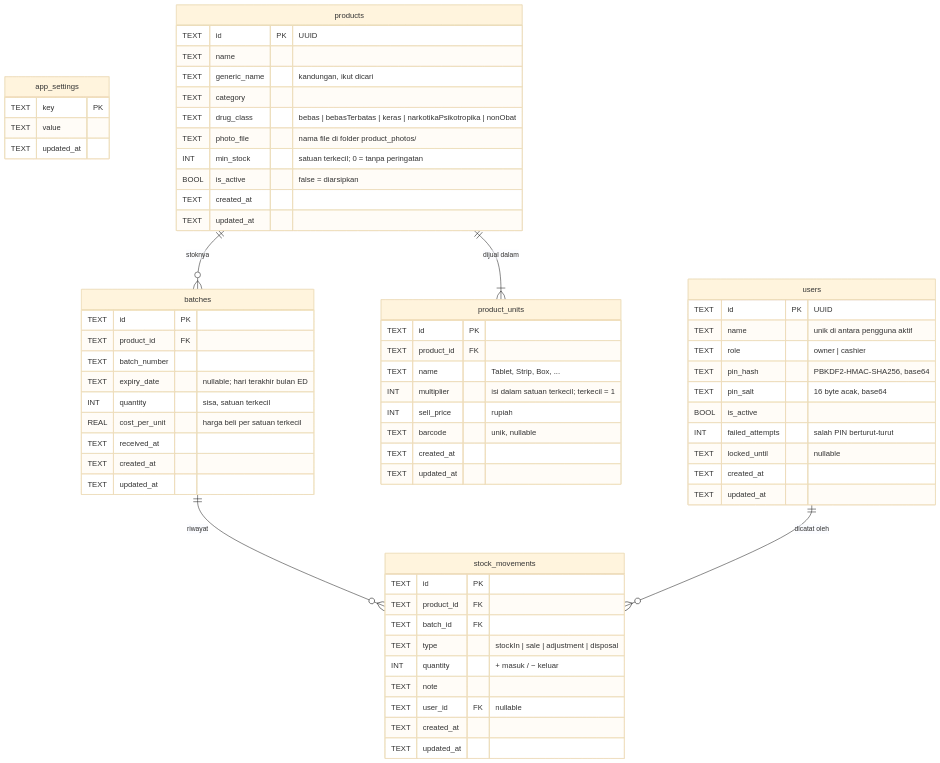
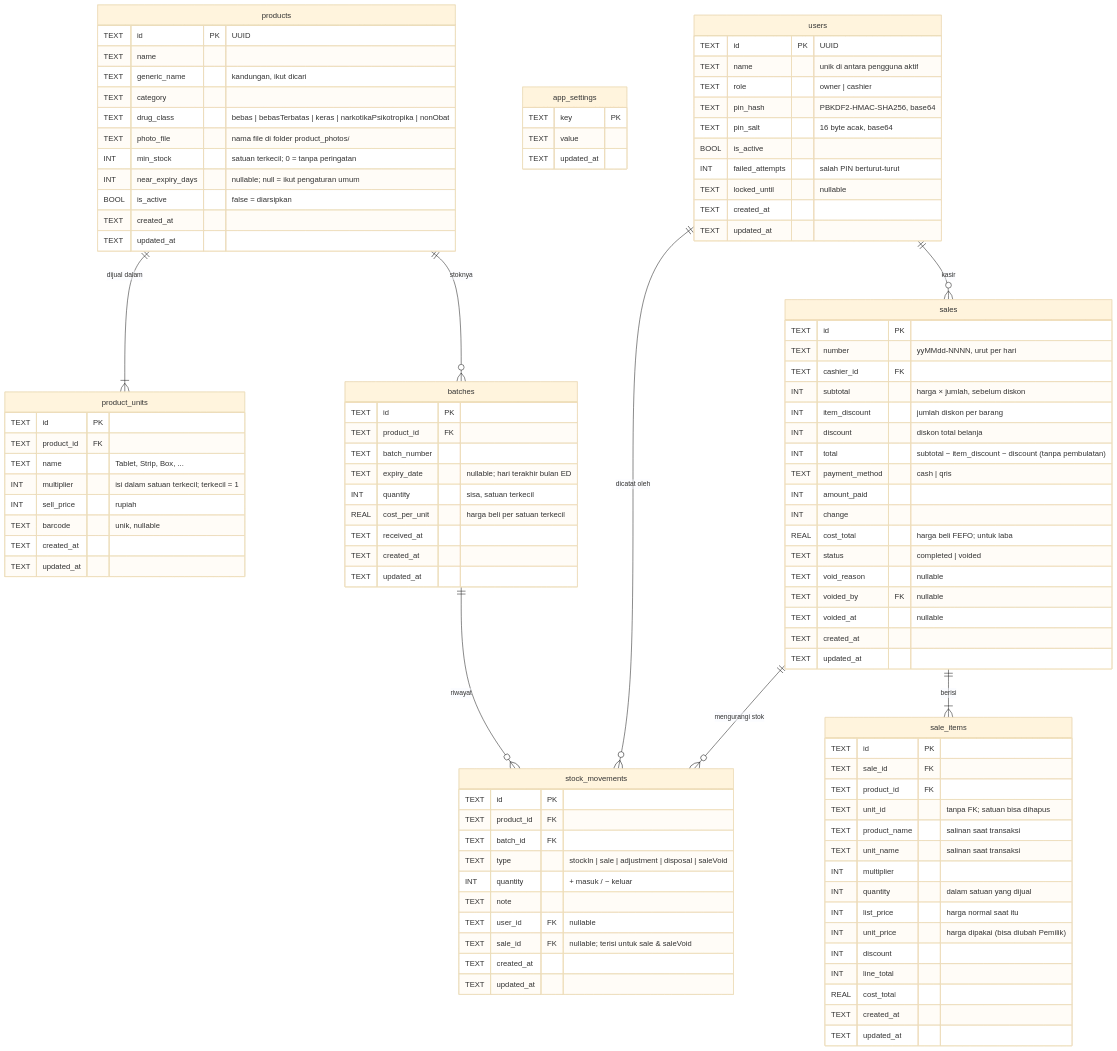
Before and after one commit to faizalzn/pos_apotek: the diagram in docs/DATABASE.md, drawn with Mermaid (base theme). The commit also changed other lines of this file and 30 other files, not shown here.

````diff
--- a/docs/DATABASE.md
+++ b/docs/DATABASE.md
@@ -41,6 +41,7 @@
         TEXT drug_class "bebas | bebasTerbatas | keras | narkotikaPsikotropika | nonObat"
         TEXT photo_file "nama file di folder product_photos/"
         INT min_stock "satuan terkecil; 0 = tanpa peringatan"
+        INT near_expiry_days "nullable; null = ikut pengaturan umum"
         BOOL is_active "false = diarsipkan"
         TEXT created_at
         TEXT updated_at
@@ -70,10 +71,47 @@
         TEXT id PK
         TEXT product_id FK
         TEXT batch_id FK
-        TEXT type "stockIn | sale | adjustment | disposal"
+        TEXT type "stockIn | sale | adjustment | disposal | saleVoid"
         INT quantity "+ masuk / − keluar"
         TEXT note
         TEXT user_id FK "nullable"
+        TEXT sale_id FK "nullable; terisi untuk sale & saleVoid"
+        TEXT created_at
+        TEXT updated_at
+    }
+    sales {
+        TEXT id PK
+        TEXT number "yyMMdd-NNNN, urut per hari"
+        TEXT cashier_id FK
+        INT subtotal "harga × jumlah, sebelum diskon"
+        INT item_discount "jumlah diskon per barang"
+        INT discount "diskon total belanja"
+        INT total "subtotal − item_discount − discount (tanpa pembulatan)"
+        TEXT payment_method "cash | qris"
+        INT amount_paid
+        INT change
+        REAL cost_total "harga beli FEFO; untuk laba"
+        TEXT status "completed | voided"
+        TEXT void_reason "nullable"
+        TEXT voided_by FK "nullable"
+        TEXT voided_at "nullable"
+        TEXT created_at
+        TEXT updated_at
+    }
+    sale_items {
+        TEXT id PK
+        TEXT sale_id FK
+        TEXT product_id FK
+        TEXT unit_id "tanpa FK; satuan bisa dihapus"
+        TEXT product_name "salinan saat transaksi"
+        TEXT unit_name "salinan saat transaksi"
+        INT multiplier
+        INT quantity "dalam satuan yang dijual"
+        INT list_price "harga normal saat itu"
+        INT unit_price "harga dipakai (bisa diubah Pemilik)"
+        INT discount
+        INT line_total
+        REAL cost_total
         TEXT created_at
         TEXT updated_at
     }
@@ -81,4 +119,7 @@
     products ||--o{ batches : "stoknya"
     batches ||--o{ stock_movements : "riwayat"
     users ||--o{ stock_movements : "dicatat oleh"
+    sales ||--|{ sale_items : "berisi"
+    sales ||--o{ stock_movements : "mengurangi stok"
+    users ||--o{ sales : "kasir"
 ```
````
